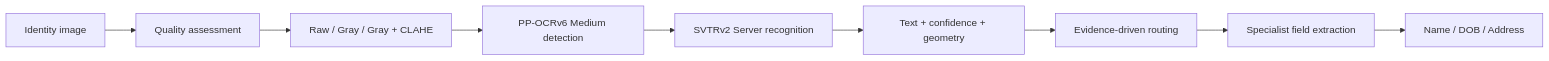
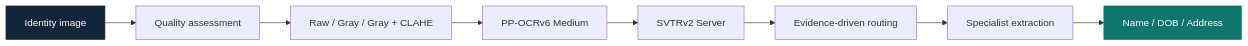
The diagram in README.md (maulnite/identity-document-ocr-compfest18), drawn with Mermaid before and after one commit. The commit also changed other lines of this file and 1 other file, not shown here.

````diff
--- a/README.md
+++ b/README.md
@@ -33,11 +79,13 @@
 ```mermaid
 flowchart LR
     A[Identity image] --> B[Quality assessment]
     B --> C[Raw / Gray / Gray + CLAHE]
-    C --> D[PP-OCRv6 Medium detection]
-    D --> E[SVTRv2 Server recognition]
-    E --> F[Text + confidence + geometry]
-    F --> G[Evidence-driven routing]
-    G --> H[Specialist field extraction]
-    H --> I[Name / DOB / Address]
+    C --> D[PP-OCRv6 Medium]
+    D --> E[SVTRv2 Server]
+    E --> F[Evidence-driven routing]
+    F --> G[Specialist extraction]
+    G --> H[Name / DOB / Address]
+
+    style A fill:#14243B,color:#FFFFFF,stroke:#14243B
+    style H fill:#0F766E,color:#FFFFFF,stroke:#0F766E
 ```
````
